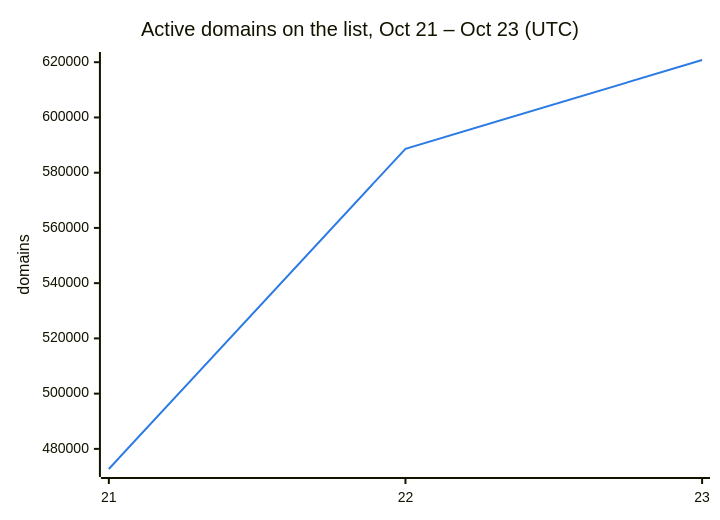
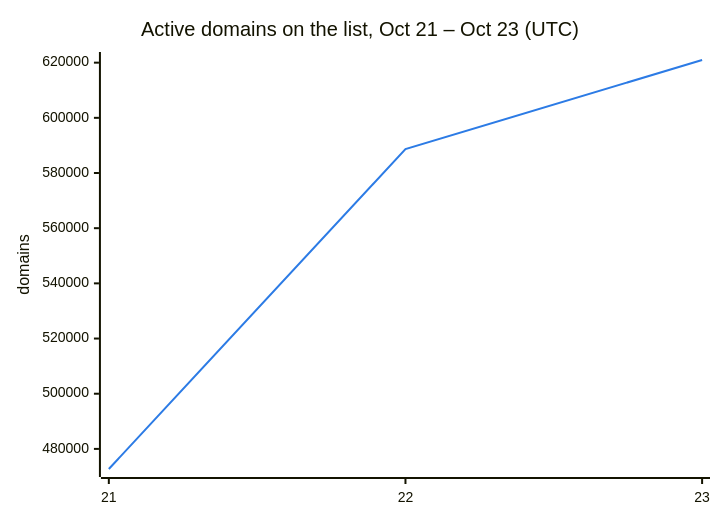
Before and after one commit to DNSBunker/CTI: the second of 3 diagrams in README.md, drawn with Mermaid. The commit also changed other lines of this file and 3 other files, not shown here.

````diff
--- a/README.md
+++ b/README.md
@@ -38,8 +38,8 @@
 ```mermaid
 %%{init: {"themeVariables": {"xyChart": {"plotColorPalette": "#2c7be5"}}}}%%
 xychart-beta
     title "Active domains on the list, Oct 21 – Oct 23 (UTC)"
     x-axis ["21", "22", "23"]
     y-axis "domains"
-    line [472713, 588659, 620800]
+    line [472713, 588659, 620963]
 ```
````
